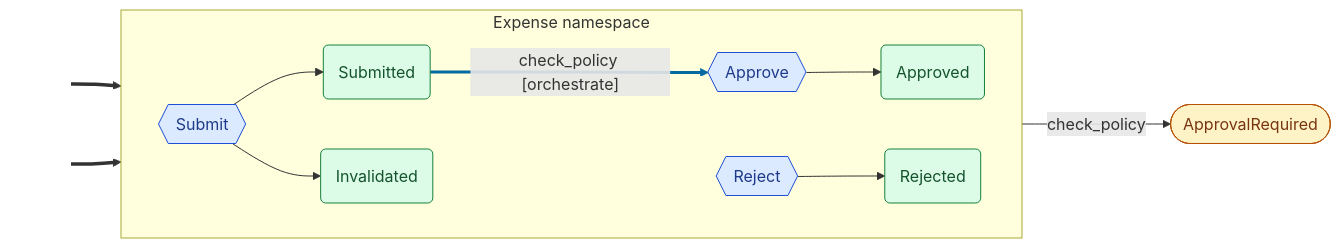
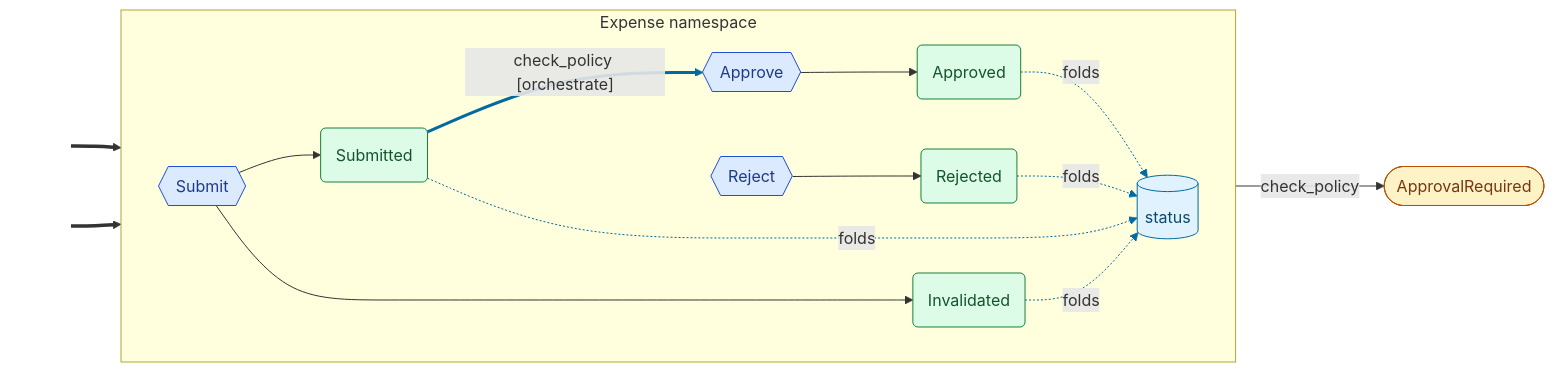
One commit to cadance-io/langgraph-events changed the second of 2 diagrams in examples/expense_approval.graph.md. Above: the diagram before and after it, drawn with Mermaid. The commit also changed other lines of this file and 16 other files, not shown here.

First line of the commit message:
feat: show each reducer in the namespace model and its diagrams

````diff
--- a/examples/expense_approval.graph.md
+++ b/examples/expense_approval.graph.md
@@ -50,30 +54,37 @@
 ```mermaid
 graph LR
     classDef entry fill:none,stroke:none,color:none
     classDef cmd fill:#dbeafe,stroke:#1d4ed8,color:#1e3a8a
     classDef devt fill:#dcfce7,stroke:#15803d,color:#14532d
     classDef intg fill:#ede9fe,stroke:#6d28d9,color:#4c1d95
     classDef syst fill:#fef3c7,stroke:#b45309,color:#78350f
     classDef halt fill:#fef3c7,stroke:#b45309,color:#78350f,stroke-width:3px,stroke-dasharray:4 2
     classDef inv fill:#ffedd5,stroke:#c2410c,color:#7c2d12
+    classDef reducer fill:#e0f2fe,stroke:#0369a1,color:#0c4a6e
     subgraph Expense["Expense namespace"]
         direction LR
         Approve{{Approve}}:::cmd
         Approved(Approved):::devt
         Invalidated(Invalidated):::devt
         Reject{{Reject}}:::cmd
         Rejected(Rejected):::devt
         Submit{{Submit}}:::cmd
         Submitted(Submitted):::devt
+        _reducer_status[(status)]:::reducer
     end
     ApprovalRequired([ApprovalRequired]):::syst
     _e0_[ ]:::entry ==> Reject
     _e1_[ ]:::entry ==> Submit
     Submit --> Submitted
     Submit --> Invalidated
     Approve --> Approved
     Reject --> Rejected
     Submitted -->|"check_policy [orchestrate]"| Approve
     Submitted -->|check_policy| ApprovalRequired
+    Approved -.->|folds| _reducer_status
+    Rejected -.->|folds| _reducer_status
+    Invalidated -.->|folds| _reducer_status
+    Submitted -.->|folds| _reducer_status
     linkStyle 6 stroke:#0369a1,stroke-width:3px
+    linkStyle 8,9,10,11 stroke:#0369a1,stroke-dasharray:2 2
 ```
````
